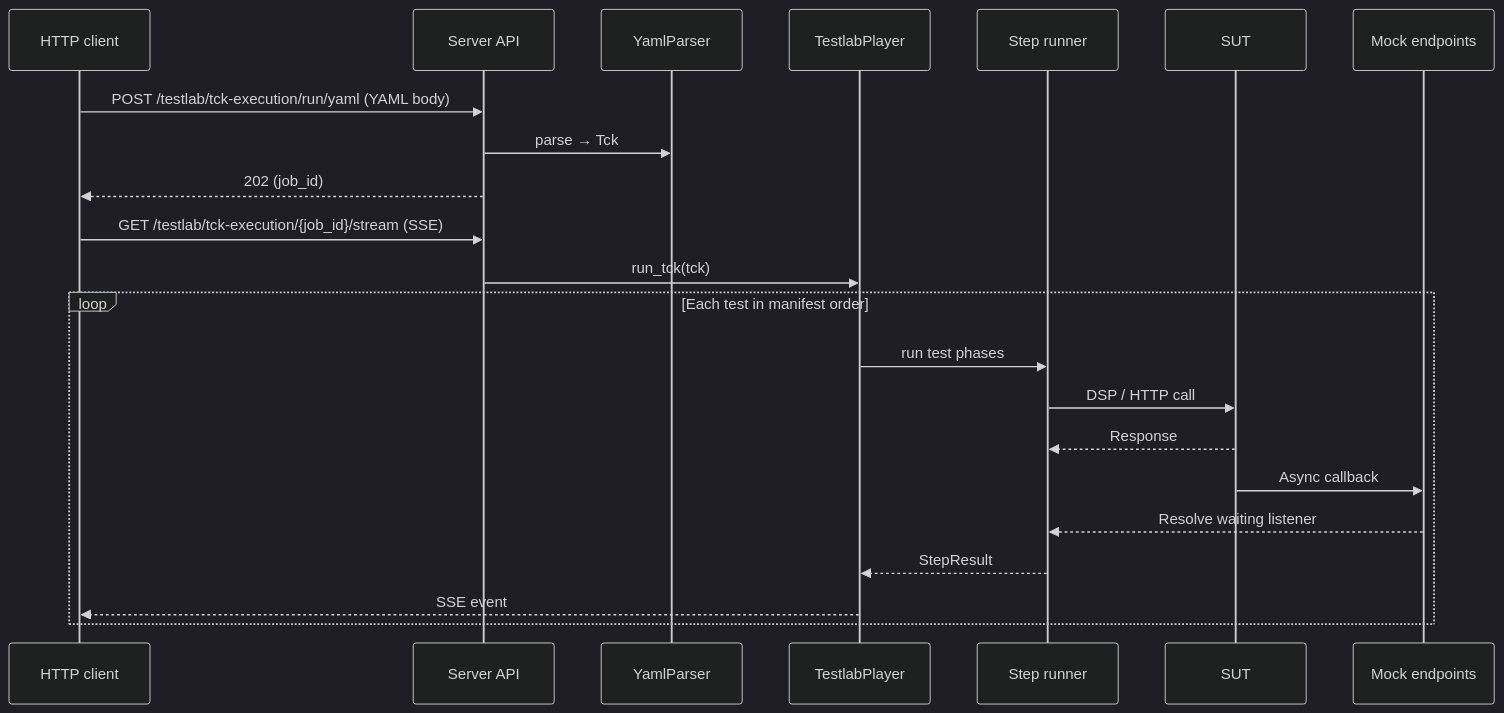
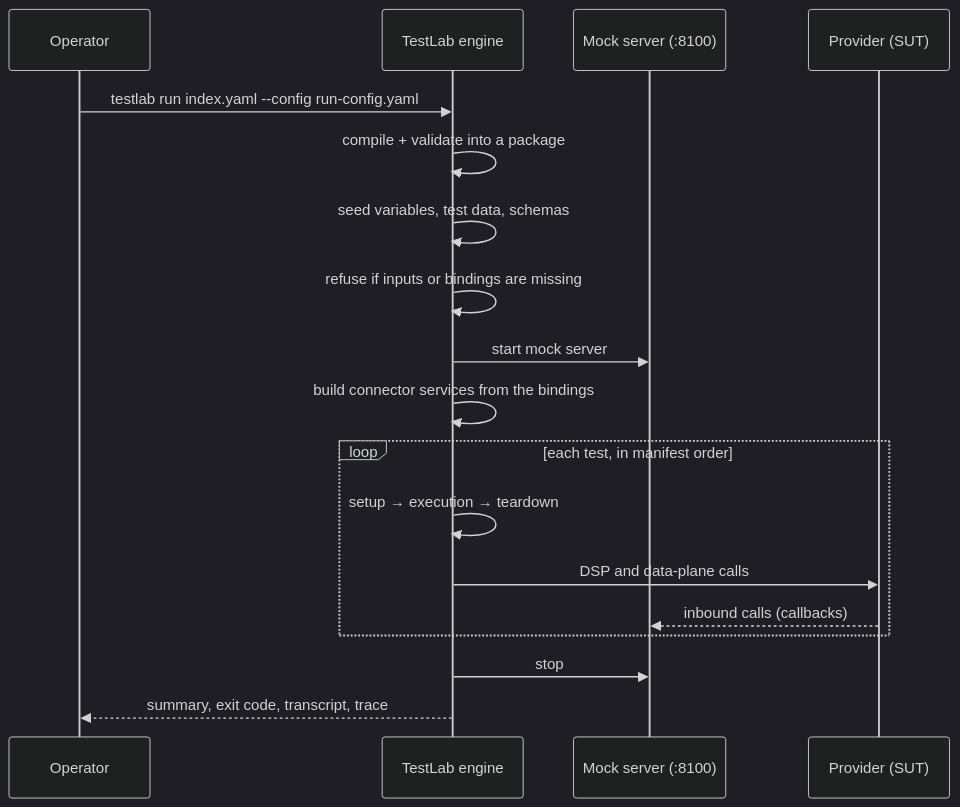
Before and after one commit to eclipse-tractusx/tractusx-testlab: the first of 3 diagrams in docs/tutorials/ccm-architecture-guide.md, drawn with Mermaid (dark theme). The commit also changed other lines of this file and 61 other files, not shown here.

````diff
--- a/docs/tutorials/ccm-architecture-guide.md
+++ b/docs/tutorials/ccm-architecture-guide.md
@@ -57,25 +91,21 @@
 ```mermaid
 sequenceDiagram
-    participant Client as HTTP client
-    participant API as Server API
-    participant Parser as YamlParser
-    participant Player as TestlabPlayer
-    participant Step as Step runner
-    participant SUT as SUT
-    participant Mock as Mock endpoints
+    participant Op as Operator
+    participant Eng as TestLab engine
+    participant Mock as Mock server (:8100)
+    participant SUT as Provider (SUT)
 
-    Client->>API: POST /testlab/tck-execution/run/yaml (YAML body)
-    API->>Parser: parse → Tck
-    API-->>Client: 202 (job_id)
-    Client->>API: GET /testlab/tck-execution/{job_id}/stream (SSE)
-    API->>Player: run_tck(tck)
-    loop Each test in manifest order
-        Player->>Step: run test phases
-        Step->>SUT: DSP / HTTP call
-        SUT-->>Step: Response
-        SUT->>Mock: Async callback
-        Mock-->>Step: Resolve waiting listener
-        Step-->>Player: StepResult
-        Player-->>Client: SSE event
+    Op->>Eng: testlab run index.yaml --config run-config.yaml
+    Eng->>Eng: compile + validate into a package
+    Eng->>Eng: seed variables, test data, schemas
+    Eng->>Eng: refuse if inputs or bindings are missing
+    Eng->>Mock: start mock server
+    Eng->>Eng: build connector services from the bindings
+    loop each test, in manifest order
+        Eng->>Eng: setup → execution → teardown
+        Eng->>SUT: DSP and data-plane calls
+        SUT-->>Mock: inbound calls (callbacks)
     end
+    Eng->>Mock: stop
+    Eng-->>Op: summary, exit code, transcript, trace
 ```
````
